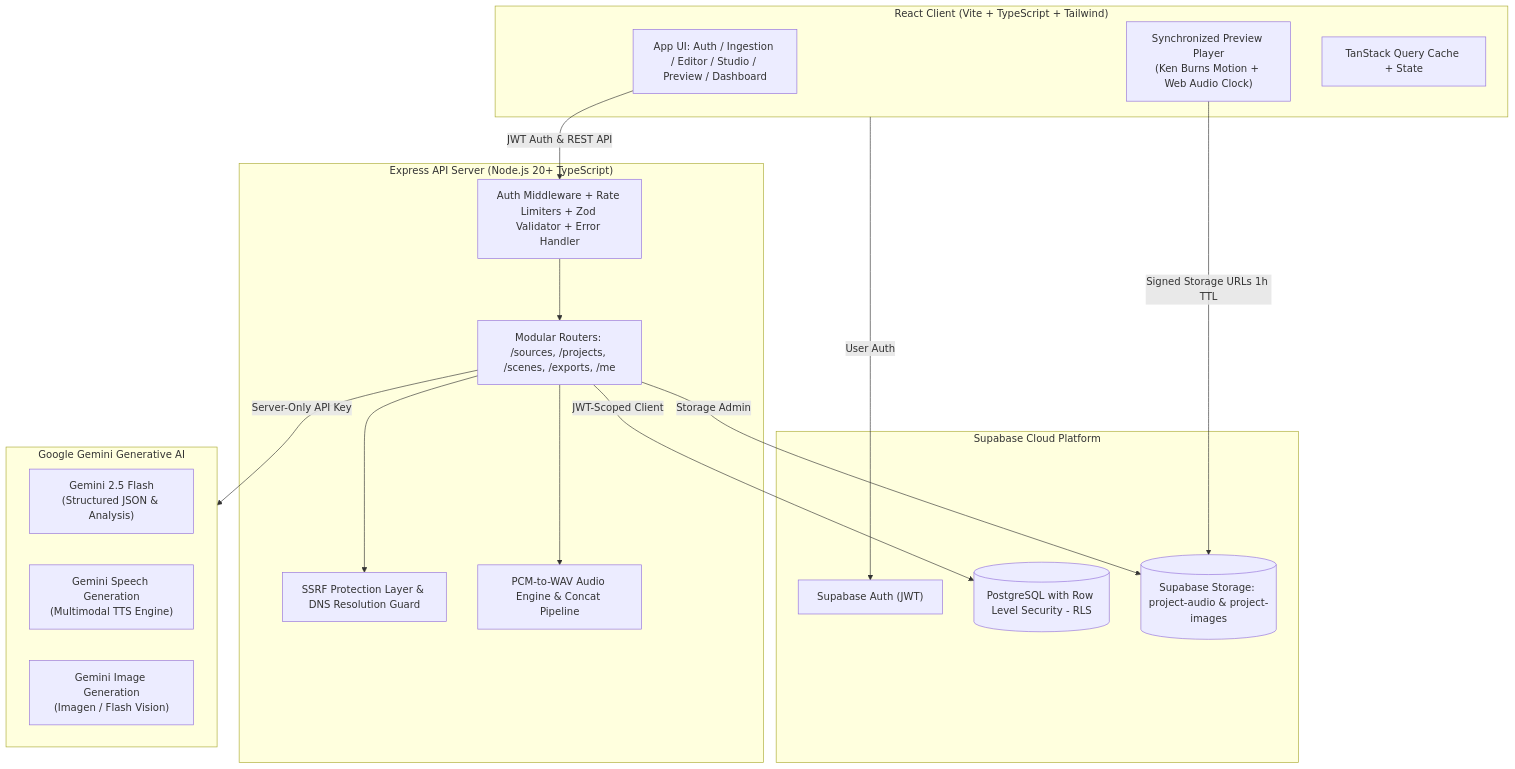
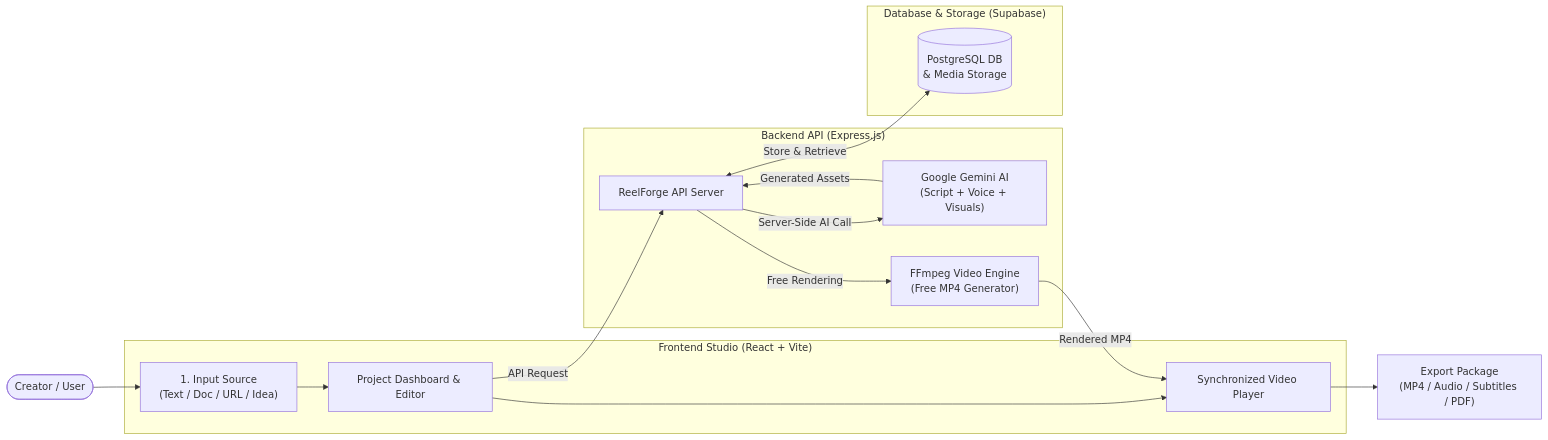
The first of 2 diagrams in README.md (nthere361-netizen/Reelforge-AI), drawn with Mermaid before and after one commit.

Commit message:
docs: simplify system architecture flowchart for clarity

````diff
--- a/README.md
+++ b/README.md
@@ -23,37 +23,23 @@
 ```mermaid
-flowchart TD
-    subgraph Client["React Client (Vite + TypeScript + Tailwind)"]
-        UI["App UI: Auth / Ingestion / Editor / Studio / Preview / Dashboard"]
-        Player["Synchronized Preview Player<br/>(Ken Burns Motion + Web Audio Clock)"]
-        RQ["TanStack Query Cache + State"]
+flowchart LR
+    User(["Creator / User"]) --> Input["1. Input Source<br/>(Text / Doc / URL / Idea)"]
+    
+    subgraph Frontend["Frontend Studio (React + Vite)"]
+        Input --> UI["Project Dashboard & Editor"]
+        UI --> Preview["Synchronized Video Player"]
+    end
+    
+    subgraph Backend["Backend API (Express.js)"]
+        UI -->|"API Request"| Server["ReelForge API Server"]
+        Server -->|"Server-Side AI Call"| AI["Google Gemini AI<br/>(Script + Voice + Visuals)"]
+        Server -->|"Free Rendering"| FFmpeg["FFmpeg Video Engine<br/>(Free MP4 Generator)"]
+    end
+    
+    subgraph Cloud["Database & Storage (Supabase)"]
+        Server <-->|"Store & Retrieve"| DB[("PostgreSQL DB<br/>& Media Storage")]
     end
 
-    subgraph Server["Express API Server (Node.js 20+ TypeScript)"]
-        MW["Auth Middleware + Rate Limiters + Zod Validator + Error Handler"]
-        Routers["Modular Routers: /sources, /projects, /scenes, /exports, /me"]
-        SSRF["SSRF Protection Layer & DNS Resolution Guard"]
-        WAVEngine["PCM-to-WAV Audio Engine & Concat Pipeline"]
-    end
-
-    subgraph Supabase["Supabase Cloud Platform"]
-        Auth["Supabase Auth (JWT)"]
-        DB[("PostgreSQL with Row Level Security - RLS")]
-        Storage[("Supabase Storage: project-audio & project-images")]
-    end
-
-    subgraph Gemini["Google Gemini Generative AI"]
-        GeminiText["Gemini 2.5 Flash<br/>(Structured JSON & Analysis)"]
-        GeminiTTS["Gemini Speech Generation<br/>(Multimodal TTS Engine)"]
-        GeminiImg["Gemini Image Generation<br/>(Imagen / Flash Vision)"]
-    end
-
-    UI -->|JWT Auth & REST API| MW
-    MW --> Routers
-    Routers --> SSRF
-    Routers --> WAVEngine
-    Routers -->|JWT-Scoped Client| DB
-    Routers -->|Storage Admin| Storage
-    Routers -->|Server-Only API Key| Gemini
-    Player -->|Signed Storage URLs 1h TTL| Storage
-    Client -->|User Auth| Auth
+    AI -->|"Generated Assets"| Server
+    FFmpeg -->|"Rendered MP4"| Preview
+    Preview --> Export["Export Package<br/>(MP4 / Audio / Subtitles / PDF)"]
 ```
````
